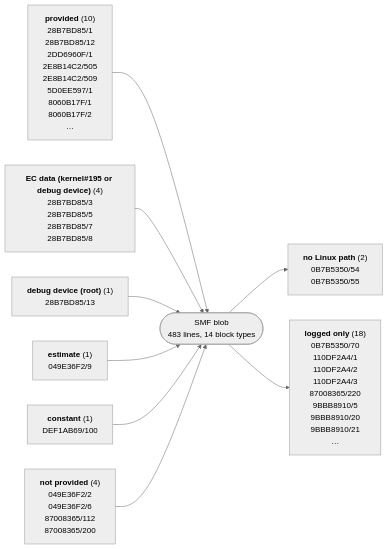
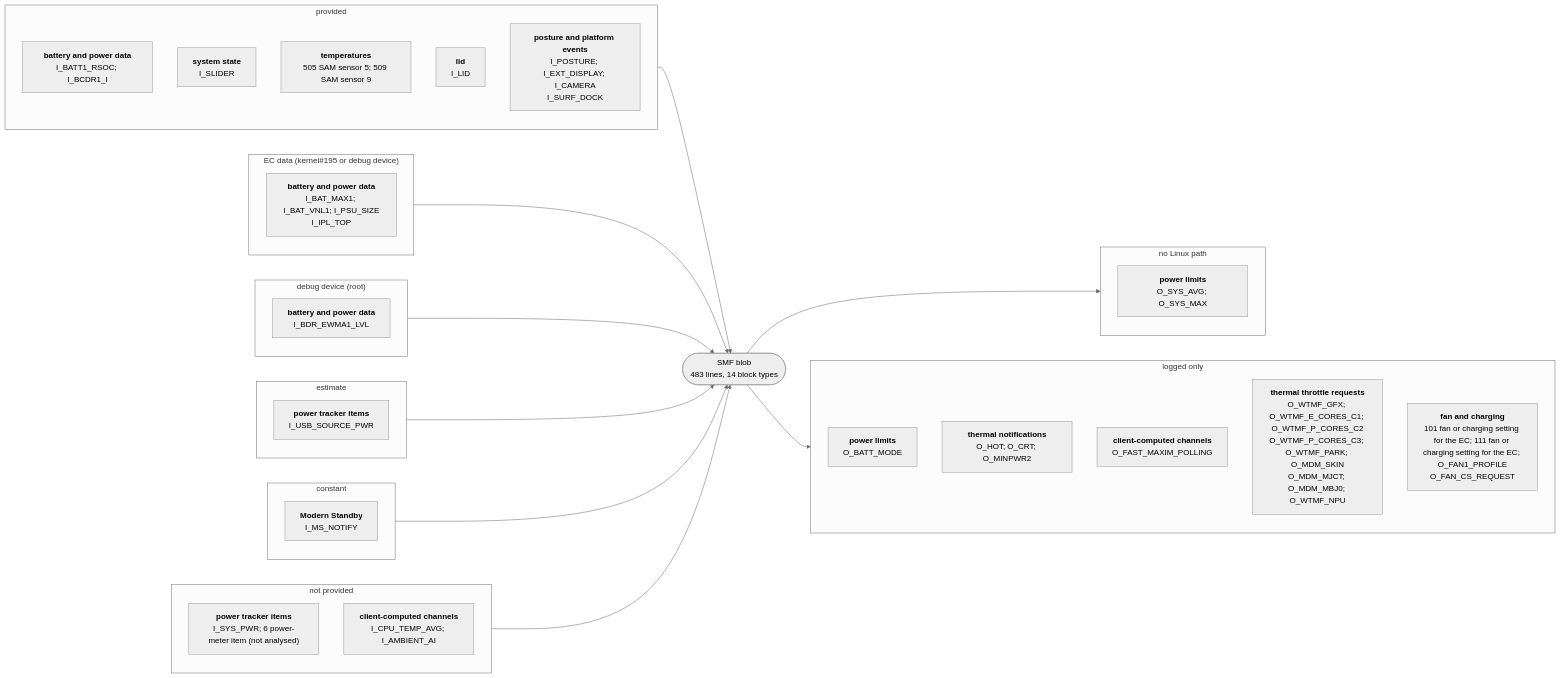
Before and after one commit to larsschellhas/linux-surface-power: the diagram in docs/devices/surface-pro-11-snapdragon.md, drawn with Mermaid (neutral theme). The commit also changed other lines of this file and 31 other files, not shown here.

First line of the commit message:
Rate devices by their outputs; complete device diagrams

````diff
--- a/docs/devices/surface-pro-11-snapdragon.md
+++ b/docs/devices/surface-pro-11-snapdragon.md
@@ -20,12 +22,45 @@
 ```mermaid
 flowchart LR
-    I0["<b>provided</b> (10)<br/>28B7BD85/1<br/>28B7BD85/12<br/>2DD6960F/1<br/>2E8B14C2/505<br/>2E8B14C2/509<br/>5D0EE597/1<br/>8060B17F/1<br/>8060B17F/2<br/>…"] --> B
-    I1["<b>EC data (kernel#195 or debug device)</b> (4)<br/>28B7BD85/3<br/>28B7BD85/5<br/>28B7BD85/7<br/>28B7BD85/8"] --> B
-    I2["<b>debug device (root)</b> (1)<br/>28B7BD85/13"] --> B
-    I3["<b>estimate</b> (1)<br/>049E36F2/9"] --> B
-    I4["<b>constant</b> (1)<br/>DEF1AB69/100"] --> B
-    I5["<b>not provided</b> (4)<br/>049E36F2/2<br/>049E36F2/6<br/>87008365/112<br/>87008365/200"] --> B
+    subgraph IN0["provided"]
+        I0_28B7BD85["<b>battery and power data</b><br/>I_BATT1_RSOC; I_BCDR1_I"]
+        I0_2DD6960F["<b>system state</b><br/>I_SLIDER"]
+        I0_2E8B14C2["<b>temperatures</b><br/>505 SAM sensor 5; 509 SAM sensor 9"]
+        I0_5D0EE597["<b>lid</b><br/>I_LID"]
+        I0_8060B17F["<b>posture and platform events</b><br/>I_POSTURE; I_EXT_DISPLAY; I_CAMERA<br/>I_SURF_DOCK"]
+    end
+    IN0 --> B
+    subgraph IN1["EC data (kernel#195 or debug device)"]
+        I1_28B7BD85["<b>battery and power data</b><br/>I_BAT_MAX1; I_BAT_VNL1; I_PSU_SIZE<br/>I_IPL_TOP"]
+    end
+    IN1 --> B
+    subgraph IN2["debug device (root)"]
+        I2_28B7BD85["<b>battery and power data</b><br/>I_BDR_EWMA1_LVL"]
+    end
+    IN2 --> B
+    subgraph IN3["estimate"]
+        I3_049E36F2["<b>power tracker items</b><br/>I_USB_SOURCE_PWR"]
+    end
+    IN3 --> B
+    subgraph IN4["constant"]
+        I4_DEF1AB69["<b>Modern Standby</b><br/>I_MS_NOTIFY"]
+    end
+    IN4 --> B
+    subgraph IN5["not provided"]
+        I5_049E36F2["<b>power tracker items</b><br/>I_SYS_PWR; 6 power-meter item (not analysed)"]
+        I5_87008365["<b>client-computed channels</b><br/>I_CPU_TEMP_AVG; I_AMBIENT_AI"]
+    end
+    IN5 --> B
     B(["SMF blob<br/>483 lines, 14 block types"])
-    B --> O0["<b>no Linux path</b> (2)<br/>0B7B5350/54<br/>0B7B5350/55"]
-    B --> O1["<b>logged only</b> (18)<br/>0B7B5350/70<br/>110DF2A4/1<br/>110DF2A4/2<br/>110DF2A4/3<br/>87008365/220<br/>9BBB8910/5<br/>9BBB8910/20<br/>9BBB8910/21<br/>…"]
+    subgraph OUT0["no Linux path"]
+        O0_0B7B5350["<b>power limits</b><br/>O_SYS_AVG; O_SYS_MAX"]
+    end
+    B --> OUT0
+    subgraph OUT1["logged only"]
+        O1_0B7B5350["<b>power limits</b><br/>O_BATT_MODE"]
+        O1_110DF2A4["<b>thermal notifications</b><br/>O_HOT; O_CRT; O_MINPWR2"]
+        O1_87008365["<b>client-computed channels</b><br/>O_FAST_MAXIM_POLLING"]
+        O1_9BBB8910["<b>thermal throttle requests</b><br/>O_WTMF_GFX; O_WTMF_E_CORES_C1; O_WTMF_P_CORES_C2<br/>O_WTMF_P_CORES_C3; O_WTMF_PARK; O_MDM_SKIN<br/>O_MDM_MJCT; O_MDM_MBJ0; O_WTMF_NPU"]
+        O1_B620798F["<b>fan and charging</b><br/>101 fan or charging setting for the EC; 111 fan or charging setting for the EC; O_FAN1_PROFILE<br/>O_FAN_CS_REQUEST"]
+    end
+    B --> OUT1
 ```
````
